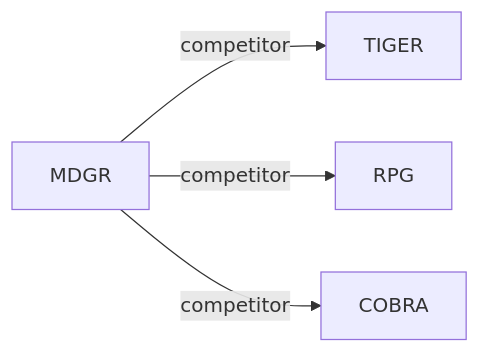
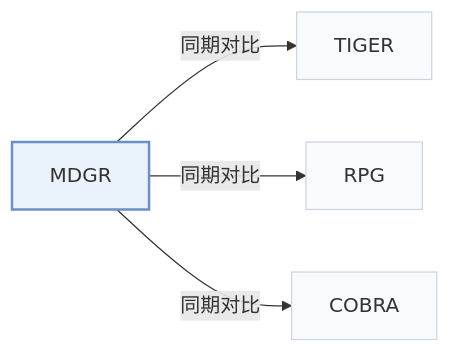
One commit to Galaxy-ghost/Awesome-SID-Generative-Rec changed the second of 2 diagrams in pages/zh/papers/mdgr.md. Above: the diagram before and after it, drawn with Mermaid. The commit also changed other lines of this file and 649 other files, not shown here.

Commit message:
writer-05: also tags and modality index (schema, check, build, visuals); summary field removed; calibration data for 12 papers

````diff
--- a/pages/zh/papers/mdgr.md
+++ b/pages/zh/papers/mdgr.md
@@ -69,7 +73,11 @@
 ```mermaid
 flowchart LR
     P["MDGR"]
-    P -->|competitor| A["TIGER"]
-    P -->|competitor| B["RPG"]
-    P -->|competitor| C["COBRA"]
+    P -->|"同期对比"| A["TIGER"]
+    P -->|"同期对比"| B["RPG"]
+    P -->|"同期对比"| C["COBRA"]
+    classDef main fill:#eaf2fb,stroke:#6b8fc7,stroke-width:2px
+    classDef peer fill:#f8fafc,stroke:#cbd5e1
+    class P main
+    class A,B,C peer
 ```
````
